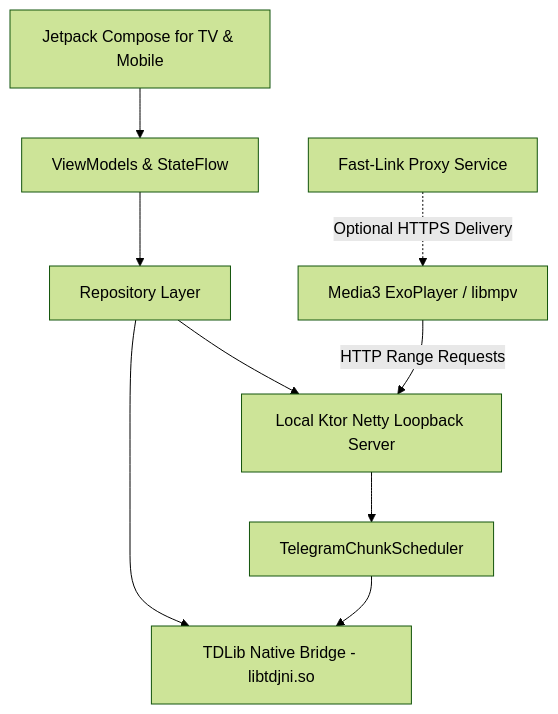
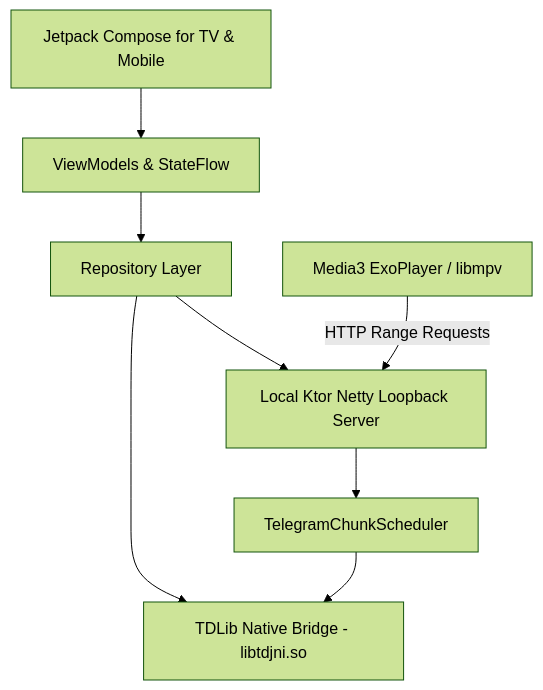
Before and after one commit to Vaydelux/Bousygram: the diagram in SYSTEM_INFORMATION.md, drawn with Mermaid (forest theme). The commit also changed other lines of this file and 85 other files, not shown here.

````diff
--- a/SYSTEM_INFORMATION.md
+++ b/SYSTEM_INFORMATION.md
@@ -48,11 +48,10 @@
 ```mermaid
 graph TD
     UI[Jetpack Compose for TV & Mobile] --> VM[ViewModels & StateFlow]
     VM --> Repo[Repository Layer]
     Repo --> TDLib[TDLib Native Bridge - libtdjni.so]
     Repo --> StreamSvr[Local Ktor Netty Loopback Server]
     StreamSvr --> ChunkSched[TelegramChunkScheduler]
     ChunkSched --> TDLib
     Player[Media3 ExoPlayer / libmpv] -->|HTTP Range Requests| StreamSvr
-    FastLink[Fast-Link Proxy Service] -.->|Optional HTTPS Delivery| Player
 ```
````
